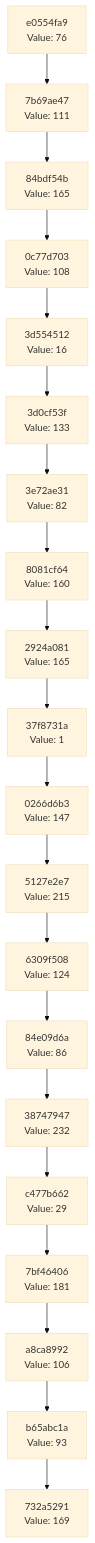
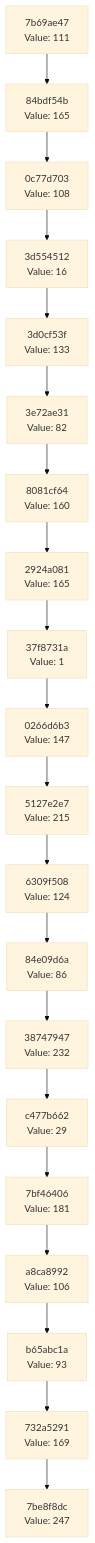
Before and after one commit to Abhisheksinha1506/hash-chain-evolver: the diagram in docs/CHAIN_VISUALIZATION.md, drawn with Mermaid (base theme). The commit also changed 1 other file, not shown here.

Commit message:
Evolution step: hash 0xF7 → action executed

````diff
--- a/docs/CHAIN_VISUALIZATION.md
+++ b/docs/CHAIN_VISUALIZATION.md
@@ -3,42 +3,42 @@
 ```mermaid
 graph TD
-    C0["732a5291<br/>Value: 169"]
-    C1["b65abc1a<br/>Value: 93"]
+    C0["7be8f8dc<br/>Value: 247"]
+    C1["732a5291<br/>Value: 169"]
     C1 --> C0
-    C2["a8ca8992<br/>Value: 106"]
+    C2["b65abc1a<br/>Value: 93"]
     C2 --> C1
-    C3["7bf46406<br/>Value: 181"]
+    C3["a8ca8992<br/>Value: 106"]
     C3 --> C2
-    C4["c477b662<br/>Value: 29"]
+    C4["7bf46406<br/>Value: 181"]
     C4 --> C3
-    C5["38747947<br/>Value: 232"]
+    C5["c477b662<br/>Value: 29"]
     C5 --> C4
-    C6["84e09d6a<br/>Value: 86"]
+    C6["38747947<br/>Value: 232"]
     C6 --> C5
-    C7["6309f508<br/>Value: 124"]
+    C7["84e09d6a<br/>Value: 86"]
     C7 --> C6
-    C8["5127e2e7<br/>Value: 215"]
+    C8["6309f508<br/>Value: 124"]
     C8 --> C7
-    C9["0266d6b3<br/>Value: 147"]
+    C9["5127e2e7<br/>Value: 215"]
     C9 --> C8
-    C10["37f8731a<br/>Value: 1"]
+    C10["0266d6b3<br/>Value: 147"]
     C10 --> C9
-    C11["2924a081<br/>Value: 165"]
+    C11["37f8731a<br/>Value: 1"]
     C11 --> C10
-    C12["8081cf64<br/>Value: 160"]
+    C12["2924a081<br/>Value: 165"]
     C12 --> C11
-    C13["3e72ae31<br/>Value: 82"]
+    C13["8081cf64<br/>Value: 160"]
     C13 --> C12
-    C14["3d0cf53f<br/>Value: 133"]
+    C14["3e72ae31<br/>Value: 82"]
     C14 --> C13
-    C15["3d554512<br/>Value: 16"]
+    C15["3d0cf53f<br/>Value: 133"]
     C15 --> C14
-    C16["0c77d703<br/>Value: 108"]
+    C16["3d554512<br/>Value: 16"]
     C16 --> C15
-    C17["84bdf54b<br/>Value: 165"]
+    C17["0c77d703<br/>Value: 108"]
     C17 --> C16
-    C18["7b69ae47<br/>Value: 111"]
+    C18["84bdf54b<br/>Value: 165"]
     C18 --> C17
-    C19["e0554fa9<br/>Value: 76"]
+    C19["7b69ae47<br/>Value: 111"]
     C19 --> C18
 ```
````
